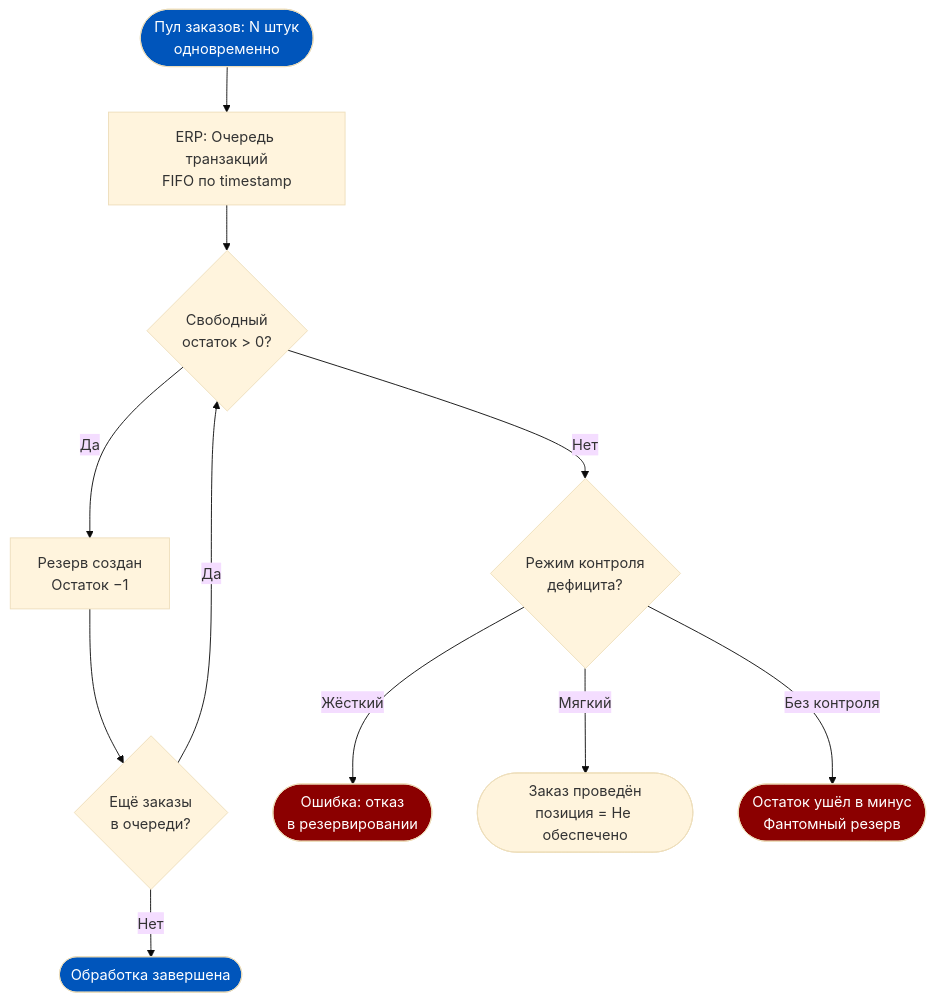
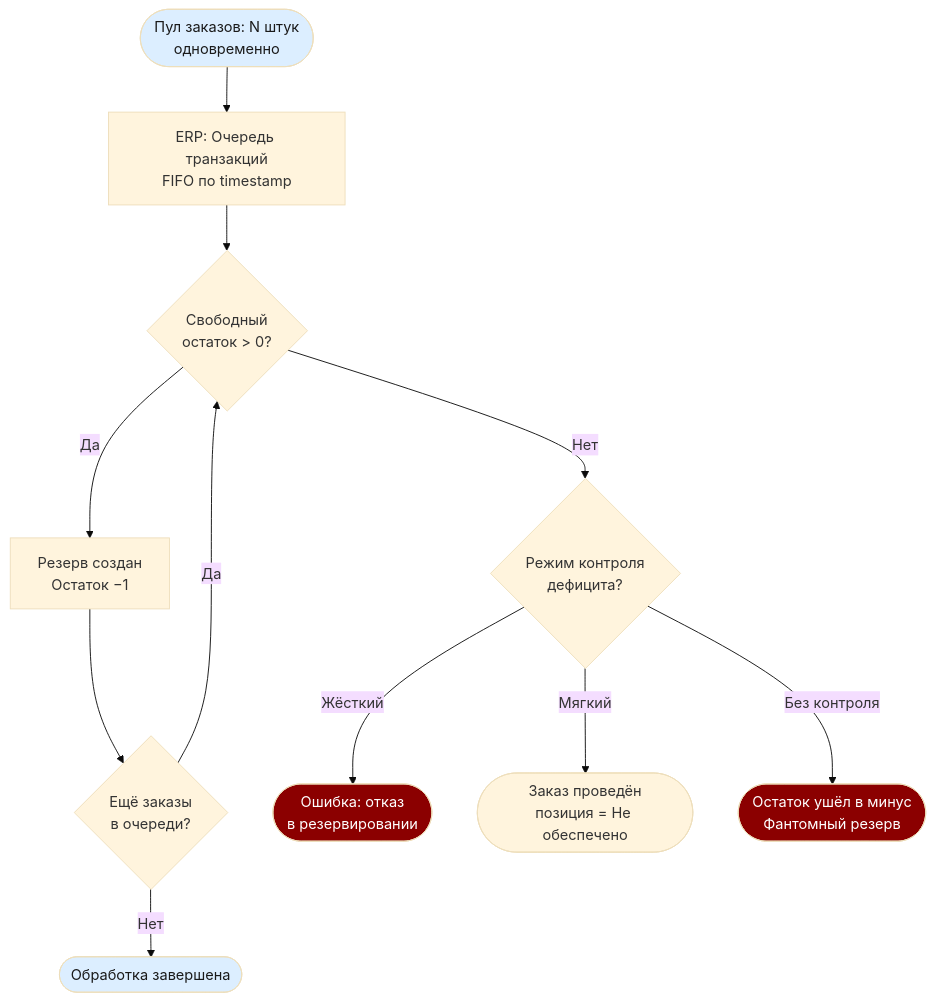
The fourth of 7 diagrams in content/1c-erp/week_6/Неделя 6 - День 1 - Логика резервирования.md (murad1986/1c-erp-quartz), drawn with Mermaid (base theme) before and after one commit. The commit also changed other lines of this file and 57 other files, not shown here.

First line of the commit message:
fix: Mermaid — пастельные цвета в источниках диаграмм (56 файлов)

````diff
--- a/content/1c-erp/week_6/Неделя 6 - День 1 - Логика резервирования.md
+++ b/content/1c-erp/week_6/Неделя 6 - День 1 - Логика резервирования.md
@@ -220,18 +220,18 @@
 ```mermaid
 flowchart TD
     A([Пул заказов: N штук<br/>одновременно]) --> B[ERP: Очередь транзакций<br/>FIFO по timestamp]
     B --> C{Свободный<br/>остаток > 0?}
     C -->|Да| D[Резерв создан<br/>Остаток −1]
     C -->|Нет| E{Режим контроля<br/>дефицита?}
     D --> F{Ещё заказы<br/>в очереди?}
     F -->|Да| C
     F -->|Нет| G([Обработка завершена])
     E -->|Жёсткий| H([Ошибка: отказ<br/>в резервировании])
     E -->|Мягкий| I([Заказ проведён<br/>позиция = Не обеспечено])
     E -->|Без контроля| J([Остаток ушёл в минус<br/>Фантомный резерв])
 
-    style A fill:#0055BB,color:#fff
-    style G fill:#0055BB,color:#fff
+    style A fill:#dceeff,color:#1a1a1a
+    style G fill:#dceeff,color:#1a1a1a
     style H fill:#8B0000,color:#fff
     style J fill:#8B0000,color:#fff
 ```
````
